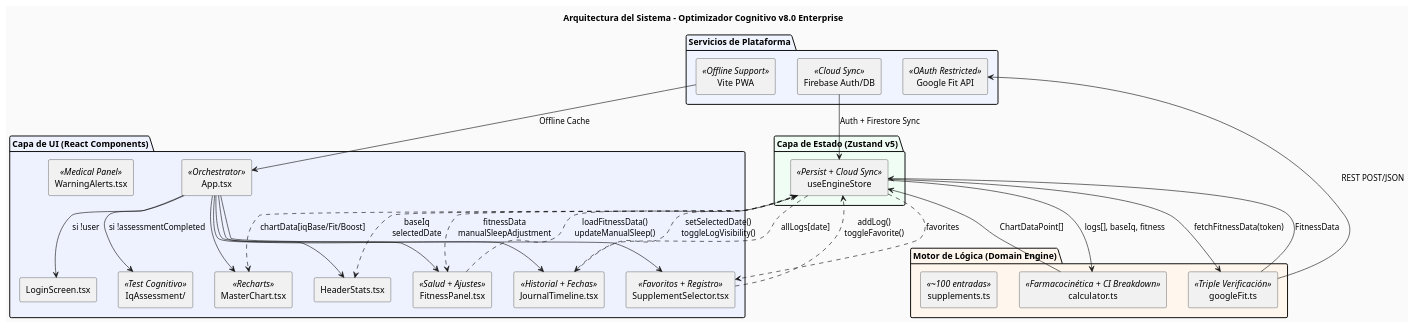
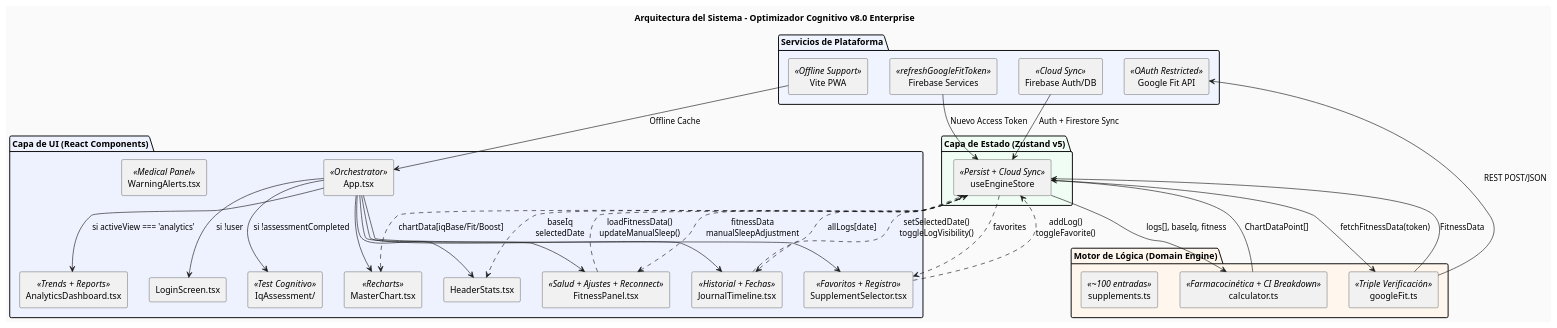
The diagram in diagramas/architecture.puml (Camilo-Alberto-Palacio/optimizador-cognitivo), drawn with PlantUML before and after one commit. The commit also changed 3 other files, not shown here.

```diff
--- a/diagramas/architecture.puml
+++ b/diagramas/architecture.puml
@@ -1,64 +1,68 @@
 @startuml Architecture_v2
 skinparam componentStyle rectangle
 skinparam backgroundColor #FAFAFA
 title Arquitectura del Sistema - Optimizador Cognitivo v8.0 Enterprise
 
 package "Capa de UI (React Components)" #EEF2FF {
   [App.tsx] as App <<Orchestrator>>
   [JournalTimeline.tsx] as Journal <<Historial + Fechas>>
   [SupplementSelector.tsx] as Selector <<Favoritos + Registro>>
-  [FitnessPanel.tsx] as Fitness <<Salud + Ajustes>>
+  [FitnessPanel.tsx] as Fitness <<Salud + Ajustes + Reconnect>>
   [MasterChart.tsx] as Chart <<Recharts>>
+  [AnalyticsDashboard.tsx] as Analytics <<Trends + Reports>>
   [HeaderStats.tsx] as Stats
   [WarningAlerts.tsx] as Alerts <<Medical Panel>>
   [LoginScreen.tsx] as Login
   [IqAssessment/] as IQ <<Test Cognitivo>>
 }
 
 package "Capa de Estado (Zustand v5)" #F0FDF4 {
   [useEngineStore] as Store <<Persist + Cloud Sync>>
 }
 
 package "Motor de Lógica (Domain Engine)" #FFF7ED {
   [calculator.ts] as CalcEngine <<Farmacocinética + CI Breakdown>>
   [googleFit.ts] as FitService <<Triple Verificación>>
   [supplements.ts] as Catalog <<~100 entradas>>
 }
 
 package "Servicios de Plataforma" #F0F4FF {
   [Google Fit API] as FitAPI <<OAuth Restricted>>
   [Firebase Auth/DB] as Cloud <<Cloud Sync>>
+  [Firebase Services] as FbSrv <<refreshGoogleFitToken>>
   [Vite PWA] as PWA <<Offline Support>>
 }
 
 ' UI a Zustand/Servicios
 App --> Journal
 App --> Selector
 App --> Fitness
 App --> Chart
+App --> Analytics : "si activeView === 'analytics'"
 App --> Stats
 App --> Login : "si !user"
 App --> IQ : "si !assessmentCompleted"
 
 Store ..> Journal : "allLogs[date]"
 Store ..> Selector : "favorites"
 Store ..> Fitness : "fitnessData\nmanualSleepAdjustment"
 Store ..> Chart : "chartData[iqBase/Fit/Boost]"
 Store ..> Stats : "baseIq\nselectedDate"
 
 Journal ..> Store : "setSelectedDate()\ntoggleLogVisibility()"
 Selector ..> Store : "addLog()\ntoggleFavorite()"
 Fitness ..> Store : "loadFitnessData()\nupdateManualSleep()"
 
 ' Zustand a Motor
 Store -down-> CalcEngine : "logs[], baseIq, fitness"
 CalcEngine -up-> Store : "ChartDataPoint[]"
 Store -down-> FitService : "fetchFitnessData(token)"
 FitService -up-> Store : "FitnessData"
 FitService -right-> FitAPI : "REST POST/JSON"
 
 ' Servicios
 Cloud --> Store : "Auth + Firestore Sync"
+FbSrv --> Store : "Nuevo Access Token"
 PWA --> App : "Offline Cache"
 
 @enduml
```
